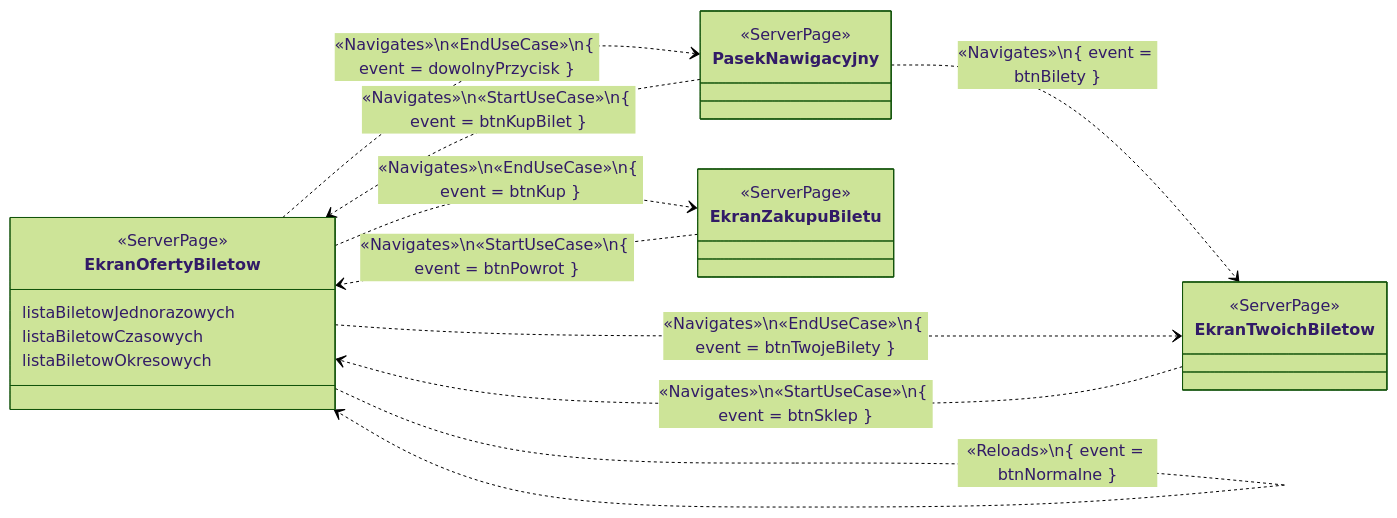
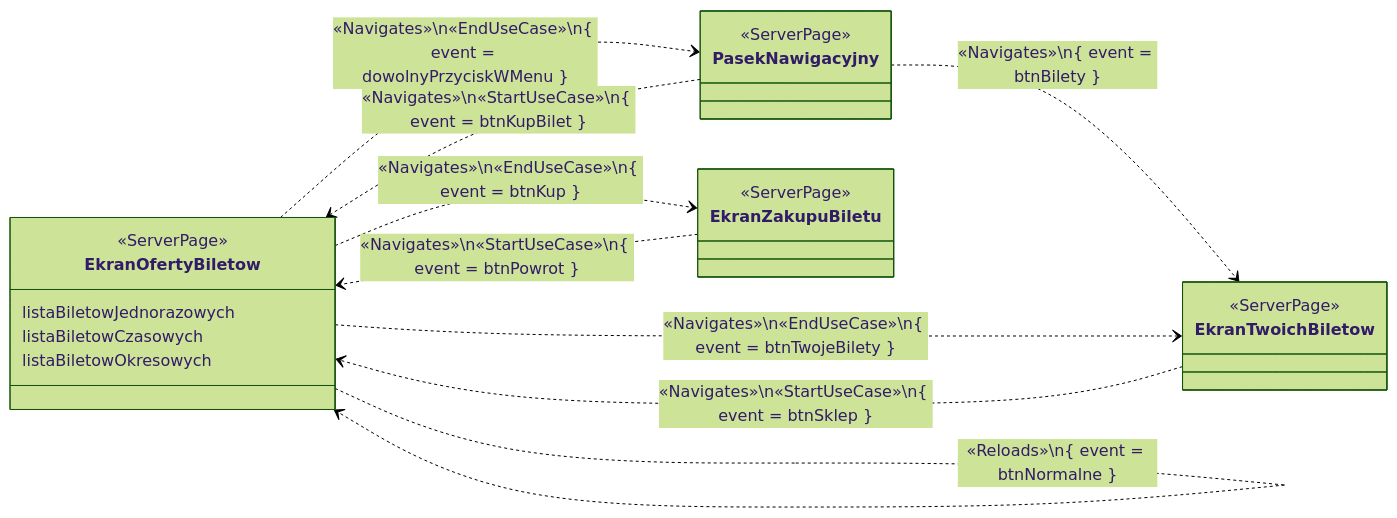
The seventh of 15 diagrams in documentation/course/E1.md (PWR-ACS-SE-24/SoftwareSystemDesign), drawn with Mermaid (forest theme) before and after one commit. The commit also changed other lines of this file and 8 other files, not shown here.

````diff
--- a/documentation/course/E1.md
+++ b/documentation/course/E1.md
@@ -769,36 +800,36 @@
 ```mermaid
 classDiagram
     direction LR
 
     class EkranOfertyBiletow {
         <<ServerPage>>
         listaBiletowJednorazowych
-        listaBiletowCzasowych
+        listaBiletowCzasowych   
         listaBiletowOkresowych
         }
 
     class PasekNawigacyjny {
         <<ServerPage>>
         }
 
     class EkranTwoichBiletow {
         <<ServerPage>>
     }
 
     class EkranZakupuBiletu {
         <<ServerPage>>
         }
 
     PasekNawigacyjny ..> EkranTwoichBiletow: «Navigates»\n{ event = btnBilety }
     PasekNawigacyjny ..> EkranOfertyBiletow: «Navigates»\n«StartUseCase»\n{ event = btnKupBilet }
-    EkranOfertyBiletow ..> PasekNawigacyjny: «Navigates»\n«EndUseCase»\n{ event = dowolnyPrzycisk }
+    EkranOfertyBiletow ..> PasekNawigacyjny: «Navigates»\n«EndUseCase»\n{ event = dowolnyPrzyciskWMenu }
 
     EkranOfertyBiletow ..> EkranZakupuBiletu: «Navigates»\n«EndUseCase»\n{ event = btnKup }
     EkranZakupuBiletu ..> EkranOfertyBiletow: «Navigates»\n«StartUseCase»\n{ event = btnPowrot }
 
     EkranTwoichBiletow ..> EkranOfertyBiletow: «Navigates»\n«StartUseCase»\n{ event = btnSklep }
     EkranOfertyBiletow ..> EkranTwoichBiletow: «Navigates»\n«EndUseCase»\n{ event = btnTwojeBilety }
 
     EkranOfertyBiletow ..>  EkranOfertyBiletow: «Reloads»\n{ event = btnUlgowe }
     EkranOfertyBiletow ..>  EkranOfertyBiletow: «Reloads»\n{ event = btnNormalne } 
 ```
````
